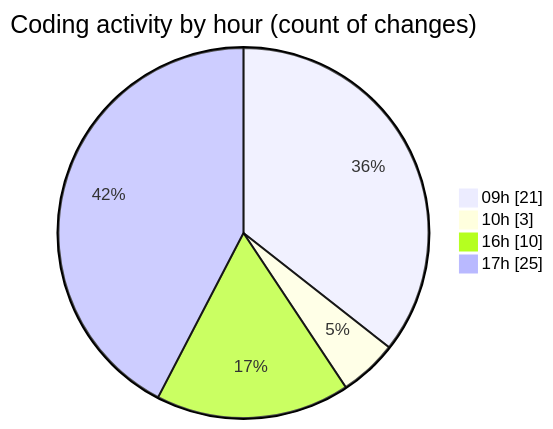
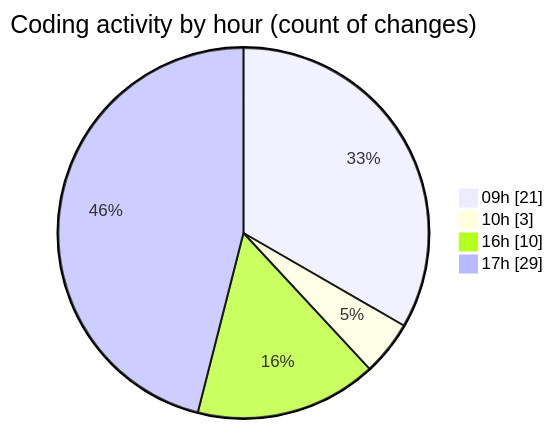
The second of 2 diagrams in 2025-12-17/cda/README.md (momahboobian/code-tracking), drawn with Mermaid before and after one commit. The commit also changed other lines of this file and 1 other file, not shown here.

````diff
--- a/2025-12-17/cda/README.md
+++ b/2025-12-17/cda/README.md
@@ -56,8 +56,8 @@
 ```mermaid
 pie showData
 title Coding activity by hour (count of changes)
 "09h" : 21
 "10h" : 3
 "16h" : 10
-"17h" : 25
+"17h" : 29
 ```
````
